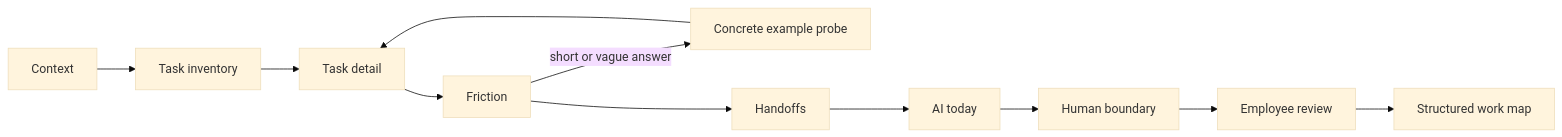
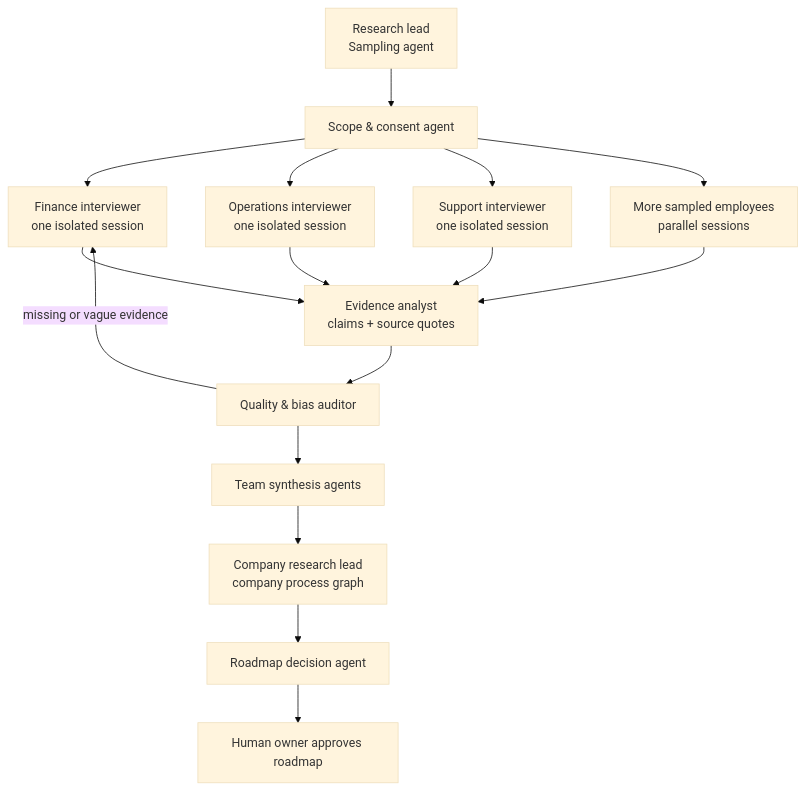
The first of 2 diagrams in docs/INTERVIEW_AGENT.md (MirandaCavalie/uc-berkeley-hackathon), drawn with Mermaid (base theme) before and after one commit. The commit also changed other lines of this file and 7 other files, not shown here.

Commit message:
Build gated multi-agent research graph

````diff
--- a/docs/INTERVIEW_AGENT.md
+++ b/docs/INTERVIEW_AGENT.md
@@ -21,13 +9,18 @@
 ```mermaid
-flowchart LR
-  A[Context] --> B[Task inventory]
-  B --> C[Task detail]
-  C --> D[Friction]
-  D -->|short or vague answer| D2[Concrete example probe]
-  D2 --> C
-  D --> E[Handoffs]
-  E --> F[AI today]
-  F --> G[Human boundary]
-  G --> H[Employee review]
-  H --> I[Structured work map]
+flowchart TD
+  A[Research lead\nSampling agent] --> B[Scope & consent agent]
+  B --> C1[Finance interviewer\none isolated session]
+  B --> C2[Operations interviewer\none isolated session]
+  B --> C3[Support interviewer\none isolated session]
+  B --> C4[More sampled employees\nparallel sessions]
+  C1 --> D[Evidence analyst\nclaims + source quotes]
+  C2 --> D
+  C3 --> D
+  C4 --> D
+  D --> E[Quality & bias auditor]
+  E -->|missing or vague evidence| C1
+  E --> F[Team synthesis agents]
+  F --> G[Company research lead\ncompany process graph]
+  G --> H[Roadmap decision agent]
+  H --> I[Human owner approves roadmap]
 ```
````
